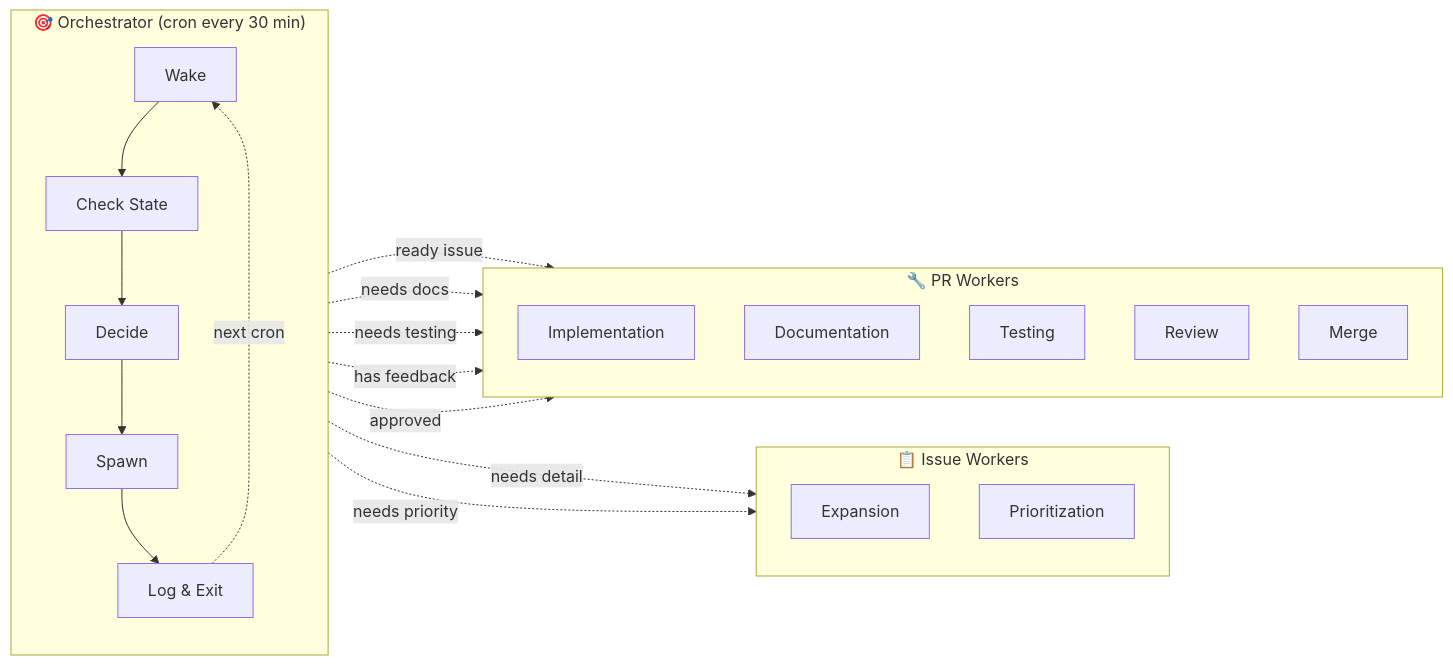
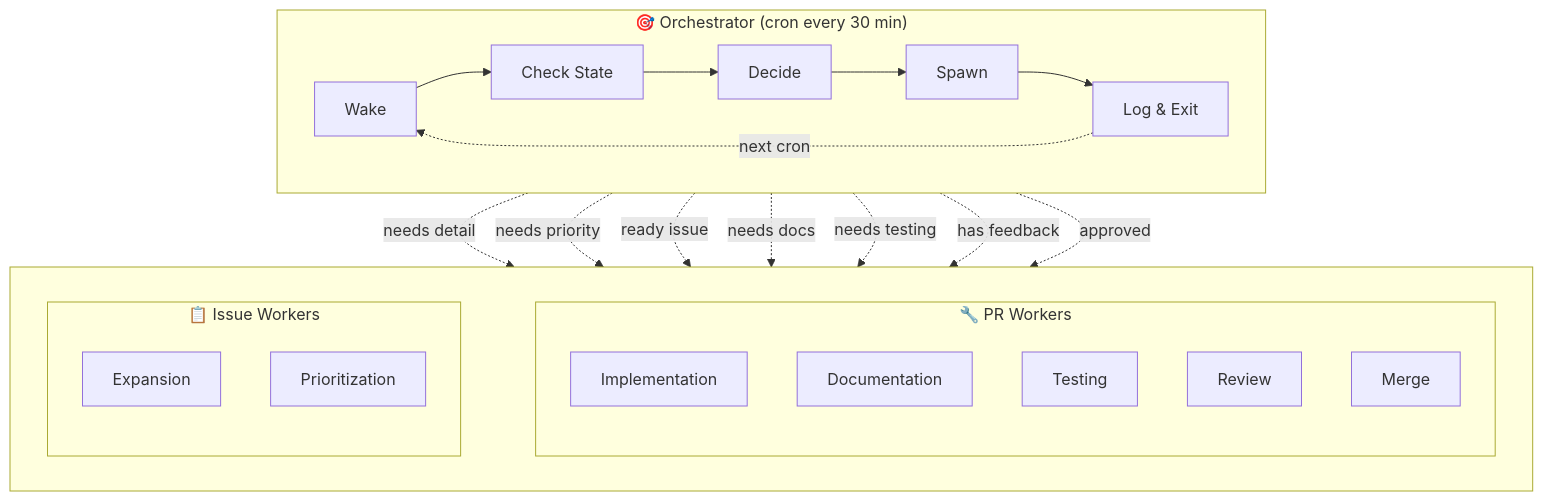
One commit to jpshackelford/.openhands changed the first of 3 diagrams in plugins/ohtv-workflow/README.md. Above: the diagram before and after it, drawn with Mermaid.

Commit message:
fix: force Issue Workers left of PR Workers
- Changed to flowchart TB (Orchestrator on top)
- Wrapped worker subgraphs in parent with direction LR
- Added invisible link (~~~) between exp and imp to enforce ordering

````diff
--- a/plugins/ohtv-workflow/README.md
+++ b/plugins/ohtv-workflow/README.md
@@ -7,36 +7,36 @@
 ```mermaid
-flowchart LR
+flowchart TB
     subgraph Orch["🎯 Orchestrator (cron every 30 min)"]
-        direction TB
-        wake["Wake"]
-        check["Check State"]
-        decide["Decide"]
-        spawn["Spawn"]
-        log["Log & Exit"]
-        wake --> check --> decide --> spawn --> log
+        direction LR
+        wake["Wake"] --> check["Check State"] --> decide["Decide"] --> spawn["Spawn"] --> log["Log & Exit"]
         log -.->|"next cron"| wake
     end
 
-    subgraph IssueWorkers["📋 Issue Workers"]
-        direction TB
-        exp["Expansion"]
-        pri["Prioritization"]
-    end
+    subgraph WorkerColumns[" "]
+        direction LR
+        subgraph IssueWorkers["📋 Issue Workers"]
+            direction TB
+            exp["Expansion"]
+            pri["Prioritization"]
+        end
 
-    subgraph PRWorkers["🔧 PR Workers"]
-        direction TB
-        imp["Implementation"]
-        doc["Documentation"]
-        tst["Testing"]
-        rev["Review"]
-        mrg["Merge"]
+        subgraph PRWorkers["🔧 PR Workers"]
+            direction TB
+            imp["Implementation"]
+            doc["Documentation"]
+            tst["Testing"]
+            rev["Review"]
+            mrg["Merge"]
+        end
     end
 
     spawn -.->|"needs detail"| exp
     spawn -.->|"needs priority"| pri
     spawn -.->|"ready issue"| imp
     spawn -.->|"needs docs"| doc
     spawn -.->|"needs testing"| tst
     spawn -.->|"has feedback"| rev
     spawn -.->|"approved"| mrg
+    
+    exp ~~~ imp
 ```
````
